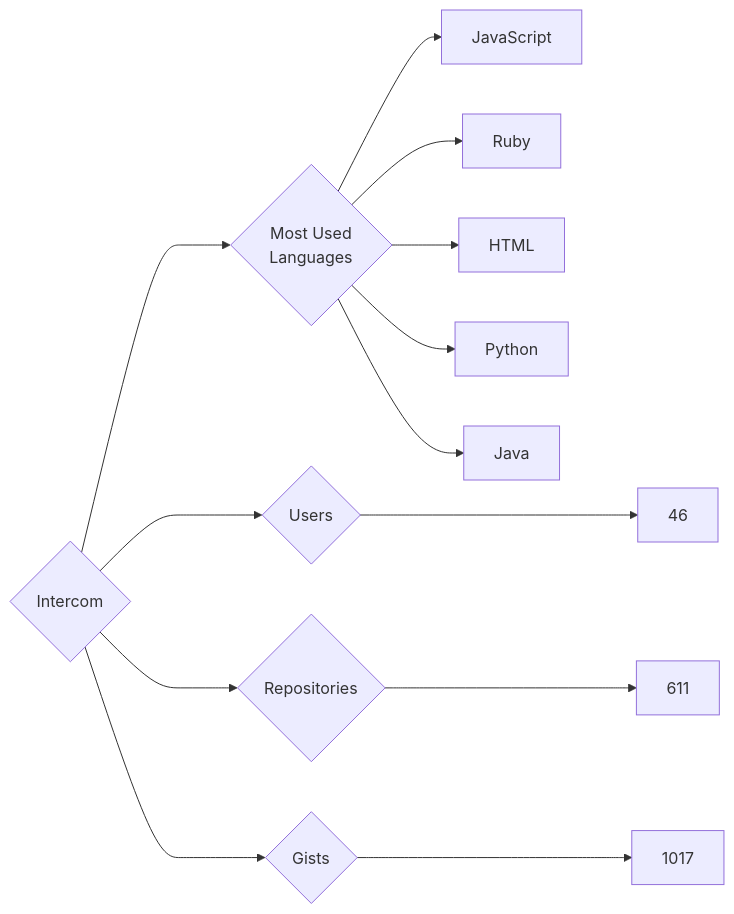
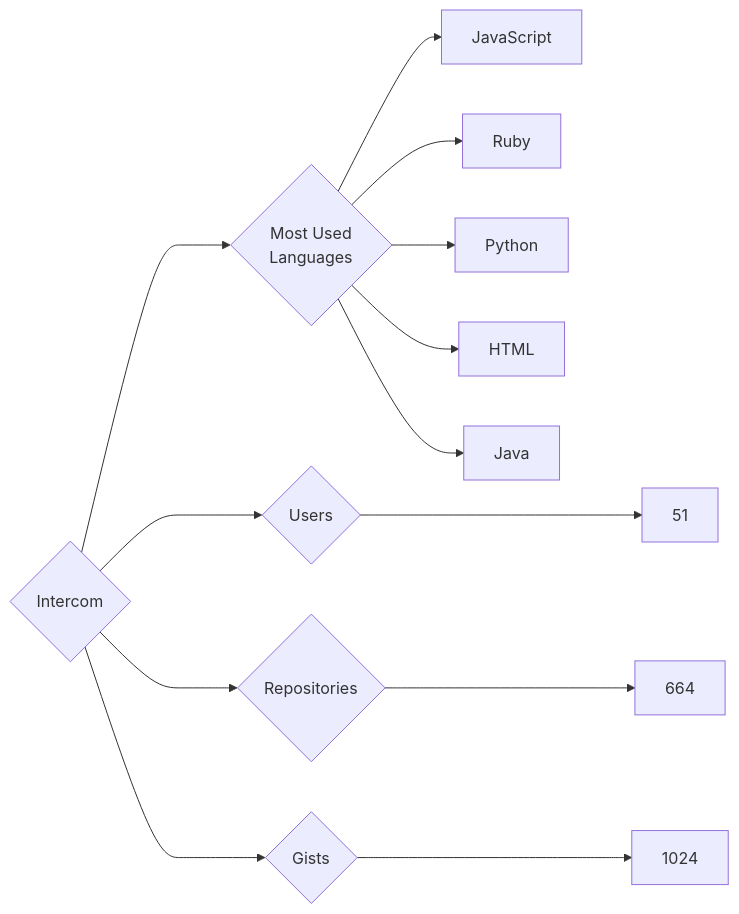
Before and after one commit to trickest/insiders: the diagram in targets/Intercom/README.md, drawn with Mermaid. The commit also changed 1030 other files, not shown here.

````diff
--- a/targets/Intercom/README.md
+++ b/targets/Intercom/README.md
@@ -3,13 +3,13 @@
 ```mermaid
 graph LR
 COMPANY_NAME{Intercom}
-COMPANY_NAME ---> U{Users} ---> UN[46]
-COMPANY_NAME ---> R{Repositories} ---> RN[611]
-COMPANY_NAME ---> G{Gists} ---> GN[1017]
+COMPANY_NAME ---> U{Users} ---> UN[51]
+COMPANY_NAME ---> R{Repositories} ---> RN[664]
+COMPANY_NAME ---> G{Gists} ---> GN[1024]
 COMPANY_NAME ---> ML{Most Used<br>Languages}
 ML --> JavaScript[JavaScript]
 ML --> Ruby[Ruby]
+ML --> Python[Python]
 ML --> HTML[HTML]
-ML --> Python[Python]
 ML --> Java[Java]
 ```
````
